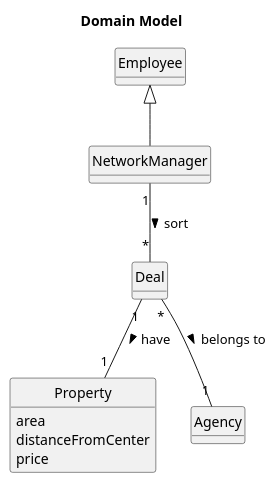
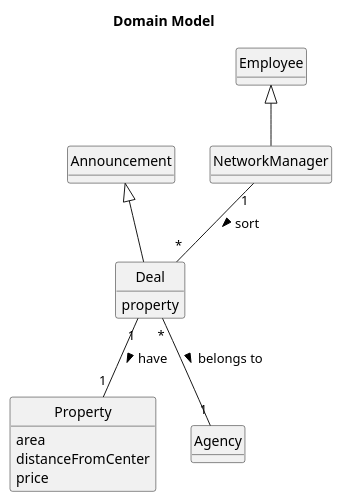
Before and after one commit to Goncalves2525/real-estate-management-system: the diagram in docs/sprintD/us017/02.analysis/puml/us017-domain-model.puml, drawn with PlantUML. The commit also changed 7 other files, not shown here.

```diff
--- a/docs/sprintD/us017/02.analysis/puml/us017-domain-model.puml
+++ b/docs/sprintD/us017/02.analysis/puml/us017-domain-model.puml
@@ -1,33 +1,35 @@
 @startuml
 skinparam monochrome true
 skinparam packageStyle rectangle
 skinparam shadowing false
 
 'left to right direction
 
 skinparam classAttributeIconSize 0
 
 hide circle
 hide methods
 
 title Domain Model
 
 class NetworkManager extends Employee{
 
 }
 
 
-class Deal{
+class Deal extends Announcement{
+    property
+}
 
-}
 class Property{
     area
     distanceFromCenter
     price
+
 }
 
 NetworkManager "1" -- "*" Deal : sort >
 Deal "*" -- "1" Agency : belongs to >
 Deal "1" -- "1" Property : have >
 
 @enduml
```
